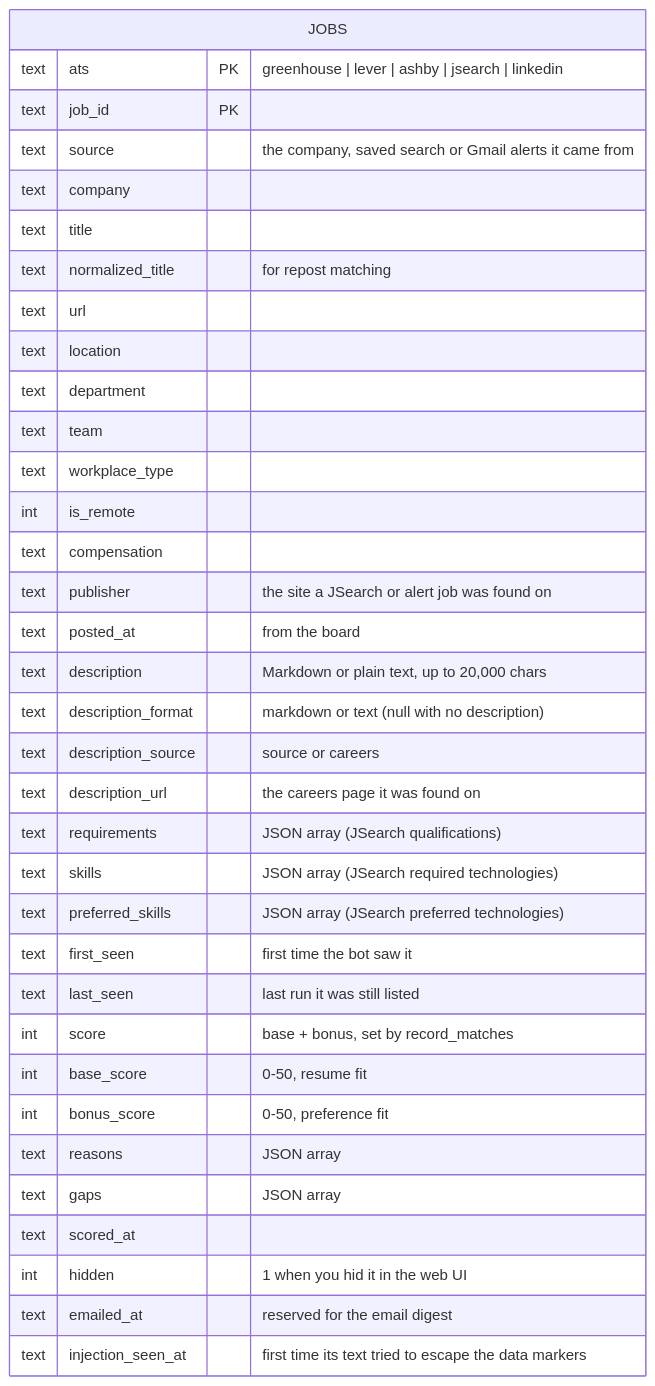
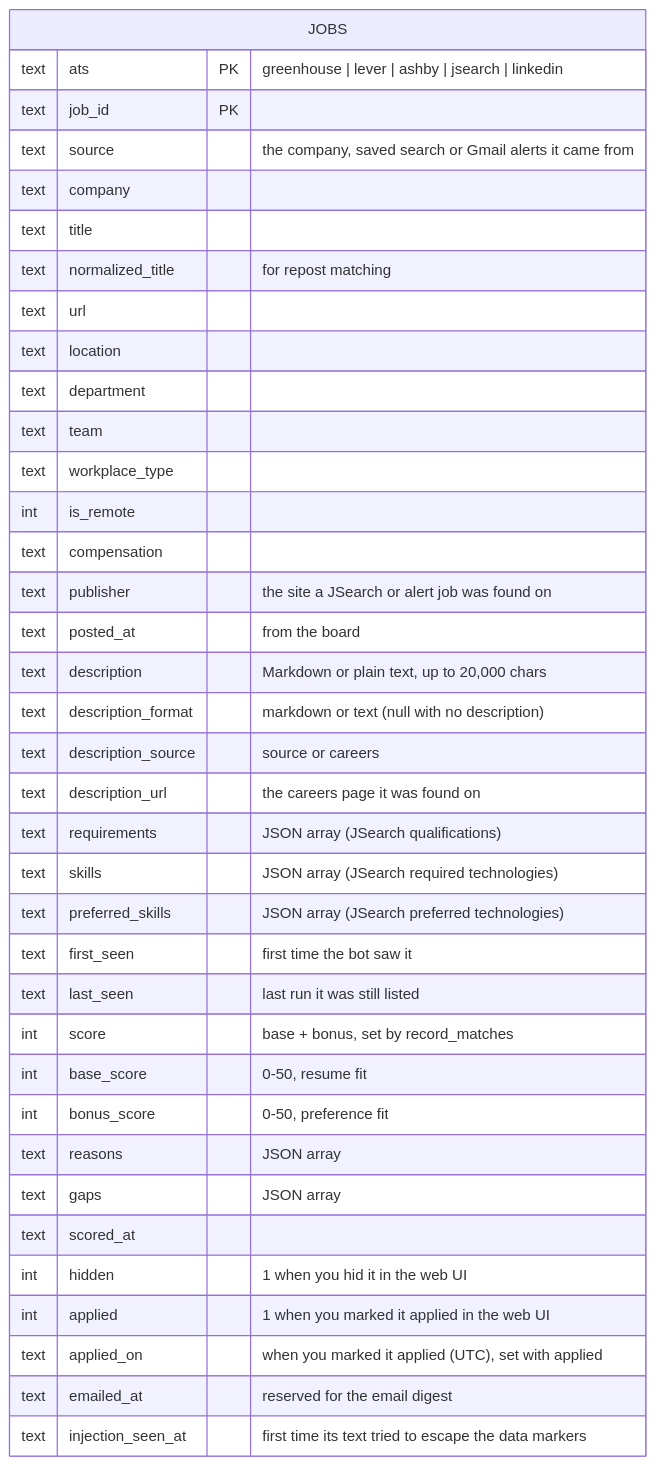
The sixth of 7 diagrams in README.md (risingfish/myjobbot), drawn with Mermaid before and after one commit. The commit also changed other lines of this file and 44 other files, not shown here.

````diff
--- a/README.md
+++ b/README.md
@@ -515,38 +524,40 @@
 ```mermaid
 erDiagram
     JOBS {
         text ats PK "greenhouse | lever | ashby | jsearch | linkedin"
         text job_id PK
         text source "the company, saved search or Gmail alerts it came from"
         text company
         text title
         text normalized_title "for repost matching"
         text url
         text location
         text department
         text team
         text workplace_type
         int is_remote
         text compensation
         text publisher "the site a JSearch or alert job was found on"
         text posted_at "from the board"
         text description "Markdown or plain text, up to 20,000 chars"
         text description_format "markdown or text (null with no description)"
         text description_source "source or careers"
         text description_url "the careers page it was found on"
         text requirements "JSON array (JSearch qualifications)"
         text skills "JSON array (JSearch required technologies)"
         text preferred_skills "JSON array (JSearch preferred technologies)"
         text first_seen "first time the bot saw it"
         text last_seen "last run it was still listed"
         int score "base + bonus, set by record_matches"
         int base_score "0-50, resume fit"
         int bonus_score "0-50, preference fit"
         text reasons "JSON array"
         text gaps "JSON array"
         text scored_at
         int hidden "1 when you hid it in the web UI"
+        int applied "1 when you marked it applied in the web UI"
+        text applied_on "when you marked it applied (UTC), set with applied"
         text emailed_at "reserved for the email digest"
         text injection_seen_at "first time its text tried to escape the data markers"
     }
 ```
````
